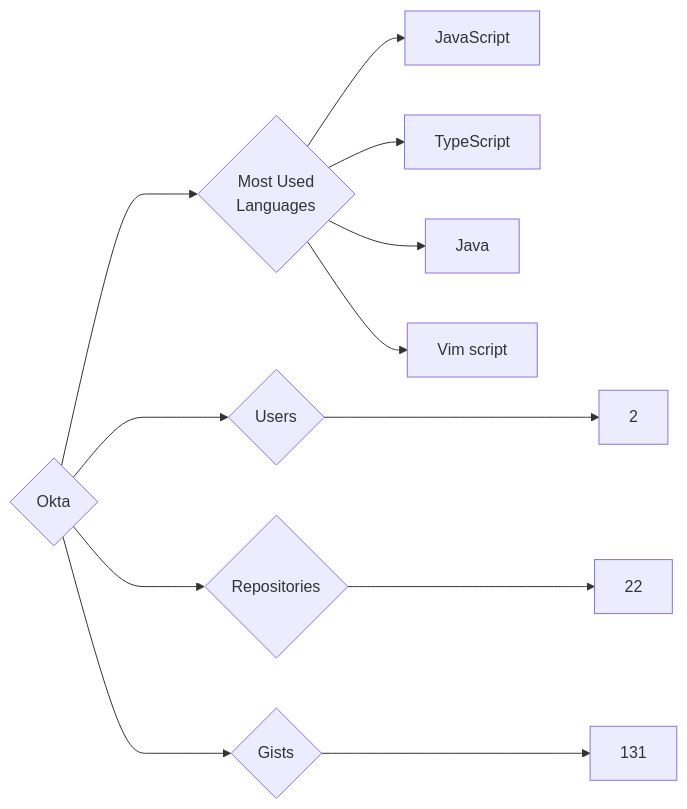
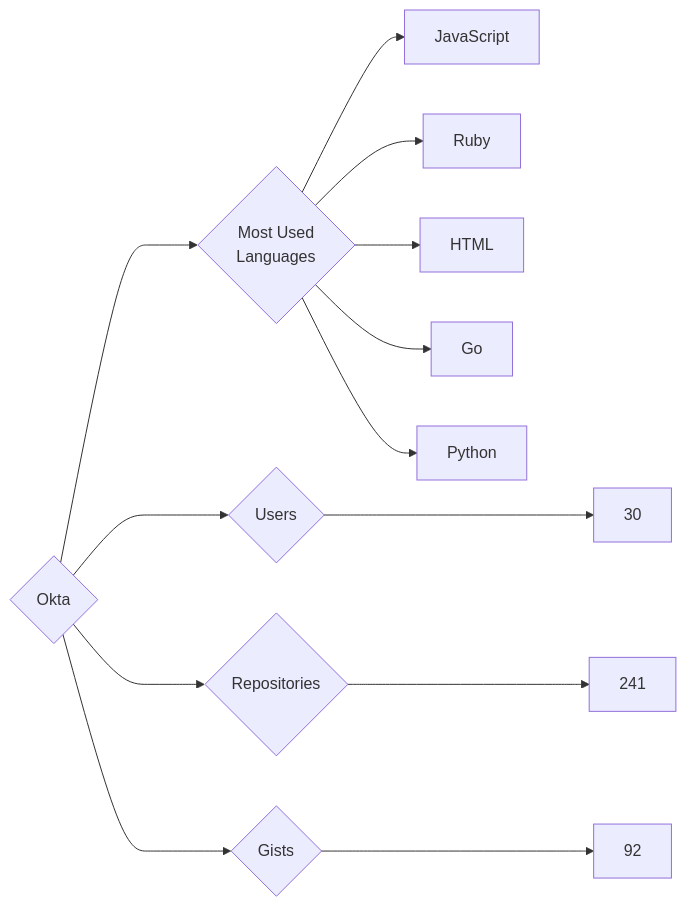
Before and after one commit to trickest/insiders: the diagram in targets/Okta/README.md, drawn with Mermaid. The commit also changed 1011 other files, not shown here.

````diff
--- a/targets/Okta/README.md
+++ b/targets/Okta/README.md
@@ -3,12 +3,13 @@
 ```mermaid
 graph LR
 COMPANY_NAME{Okta}
-COMPANY_NAME ---> U{Users} ---> UN[2]
-COMPANY_NAME ---> R{Repositories} ---> RN[22]
-COMPANY_NAME ---> G{Gists} ---> GN[131]
+COMPANY_NAME ---> U{Users} ---> UN[30]
+COMPANY_NAME ---> R{Repositories} ---> RN[241]
+COMPANY_NAME ---> G{Gists} ---> GN[92]
 COMPANY_NAME ---> ML{Most Used<br>Languages}
 ML --> JavaScript[JavaScript]
-ML --> TypeScript[TypeScript]
-ML --> Java[Java]
-ML --> Vim_script[Vim script]
+ML --> Ruby[Ruby]
+ML --> HTML[HTML]
+ML --> Go[Go]
+ML --> Python[Python]
 ```
````
